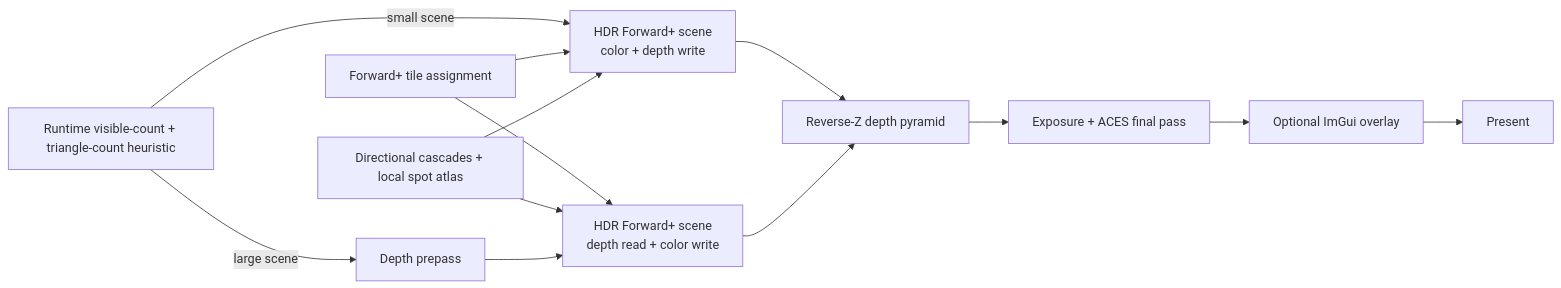
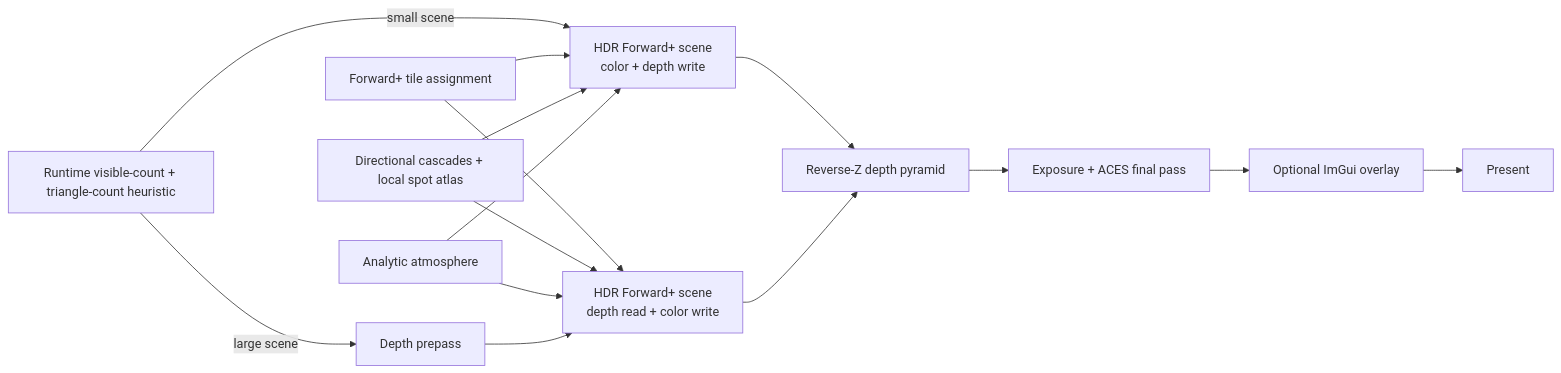
One commit to ck0i/VolkEngine changed the diagram in docs/topics/renderer-pipeline.md. Above: the diagram before and after it, drawn with Mermaid. The commit also changed other lines of this file and 46 other files, not shown here.

````diff
--- a/docs/topics/renderer-pipeline.md
+++ b/docs/topics/renderer-pipeline.md
@@ -66,15 +66,17 @@
 ```mermaid
 flowchart LR
     Decide[Runtime visible-count + triangle-count heuristic] -->|small scene| Scene[HDR Forward+ scene\ncolor + depth write]
     Decide -->|large scene| Depth[Depth prepass]
     Lights[Forward+ tile assignment] --> Scene
     Lights --> ScenePre
     Shadows[Directional cascades + local spot atlas] --> Scene
     Shadows --> ScenePre
+    Atmosphere[Analytic atmosphere] --> Scene
+    Atmosphere --> ScenePre
     Depth --> ScenePre[HDR Forward+ scene\ndepth read + color write]
     Scene --> HiZ[Reverse-Z depth pyramid]
     ScenePre --> HiZ
     HiZ --> Tonemap[Exposure + ACES final pass]
     Tonemap --> ImGui[Optional ImGui overlay]
     ImGui --> Present[Present]
 ```
````
